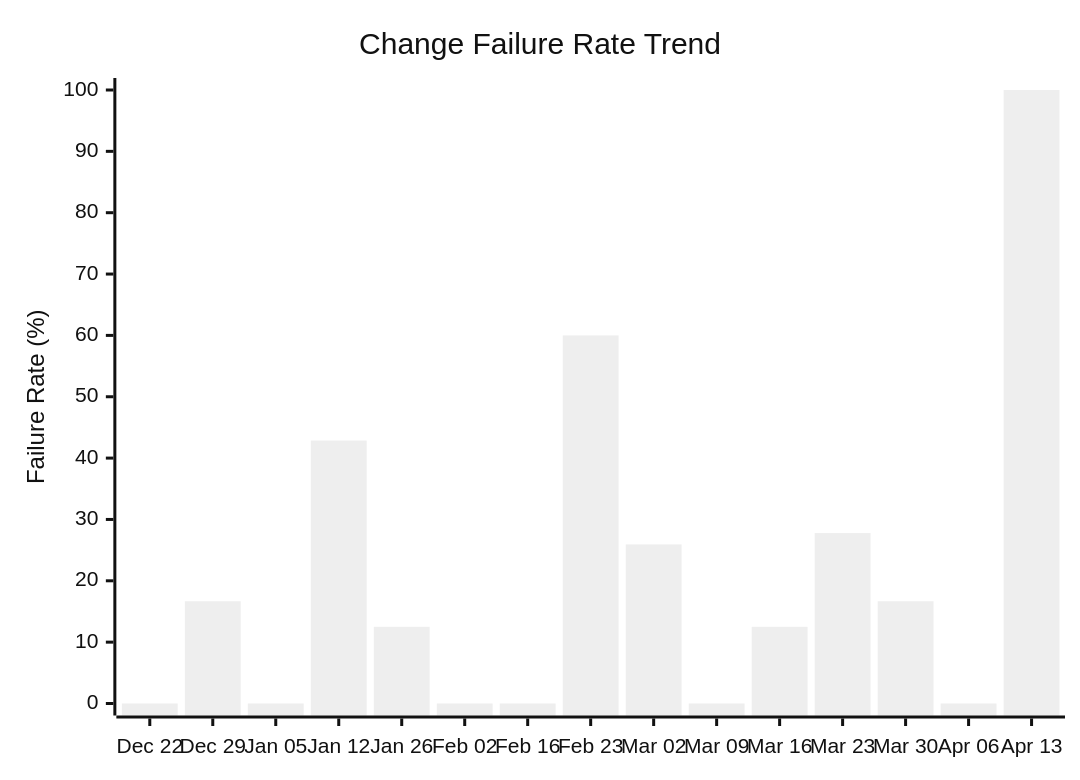
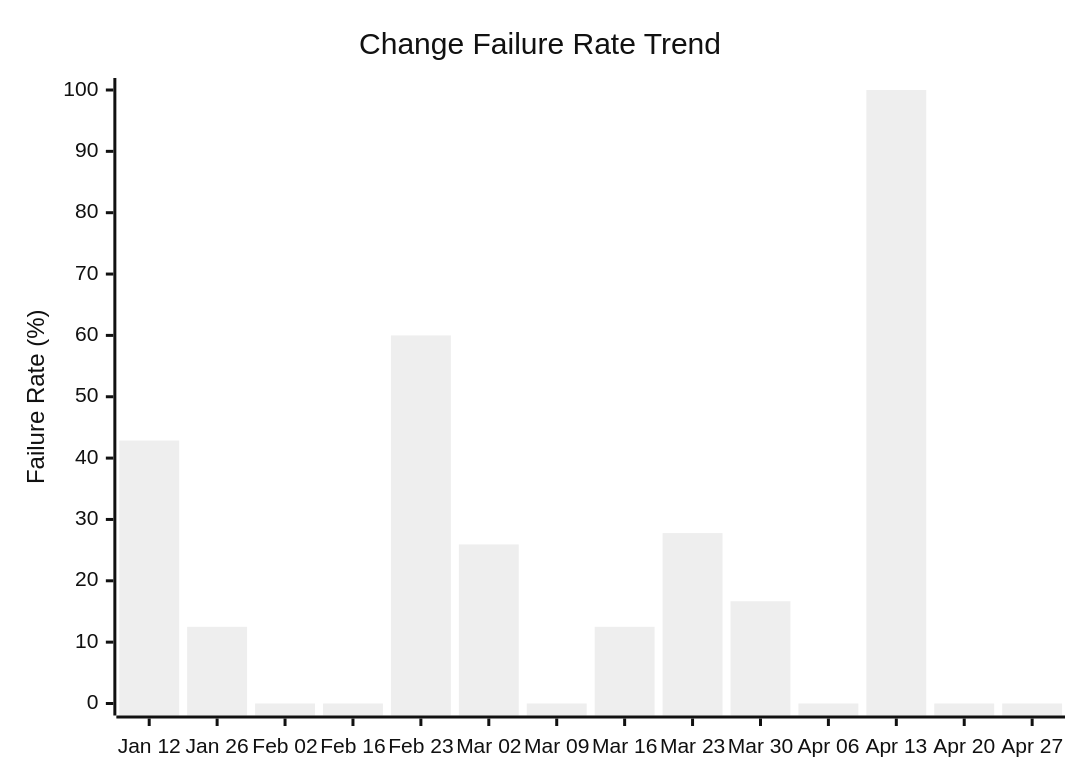
One commit to ukma-cs-ssdm-2025/rate-ukma changed the fourth of 4 diagrams in docs/ci-cd/dora-summary.md. Above: the diagram before and after it, drawn with Mermaid (neutral theme). The commit also changed other lines of this file, not shown here.

````diff
--- a/docs/ci-cd/dora-summary.md
+++ b/docs/ci-cd/dora-summary.md
@@ -72,7 +72,7 @@
 ```mermaid
 xychart-beta
     title "Change Failure Rate Trend"
-    x-axis ["Dec 22", "Dec 29", "Jan 05", "Jan 12", "Jan 26", "Feb 02", "Feb 16", "Feb 23", "Mar 02", "Mar 09", "Mar 16", "Mar 23", "Mar 30", "Apr 06", "Apr 13"]
+    x-axis ["Jan 12", "Jan 26", "Feb 02", "Feb 16", "Feb 23", "Mar 02", "Mar 09", "Mar 16", "Mar 23", "Mar 30", "Apr 06", "Apr 13", "Apr 20", "Apr 27"]
     y-axis "Failure Rate (%)" 0 --> 100
-    bar [0.00, 16.67, 0.00, 42.86, 12.50, 0.00, 0.00, 60.00, 25.93, 0.00, 12.50, 27.78, 16.67, 0.00, 100.00]
+    bar [42.86, 12.50, 0.00, 0.00, 60.00, 25.93, 0.00, 12.50, 27.78, 16.67, 0.00, 100.00, 0.00, 0.00]
 ```
````
